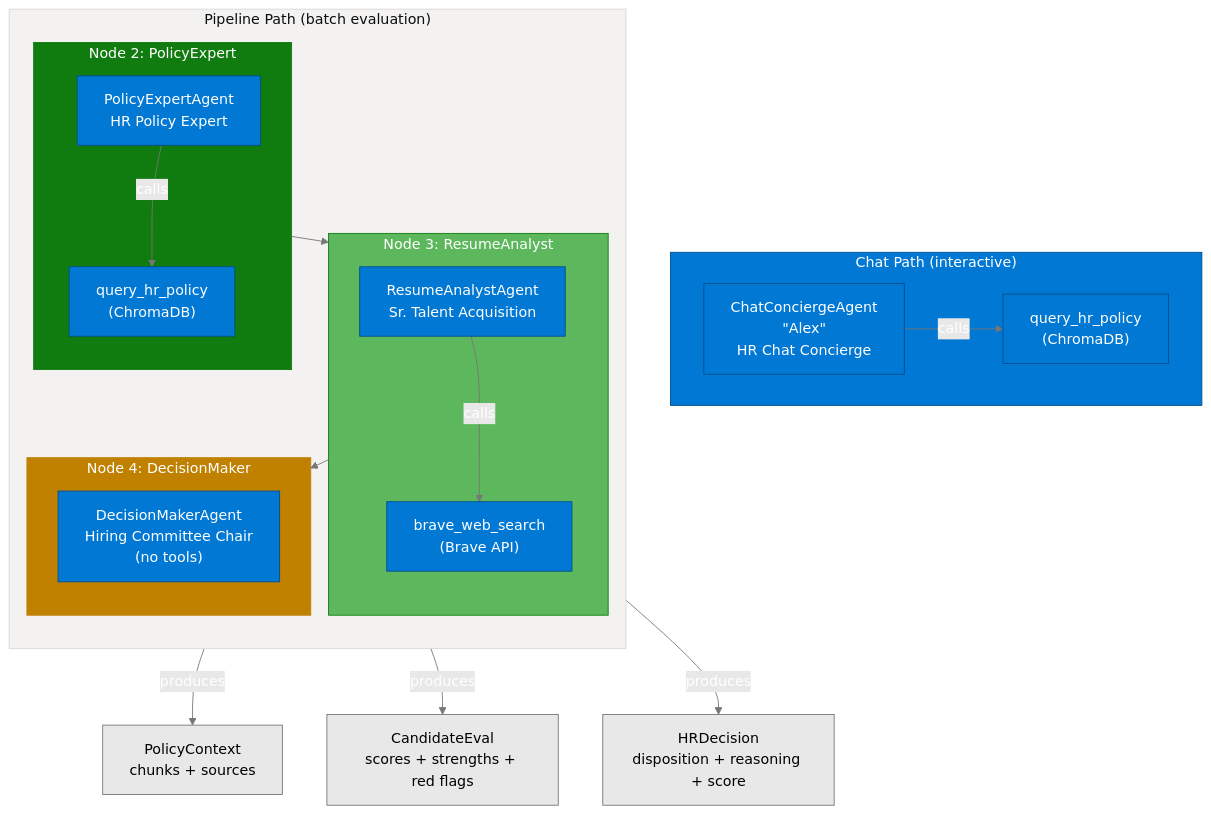
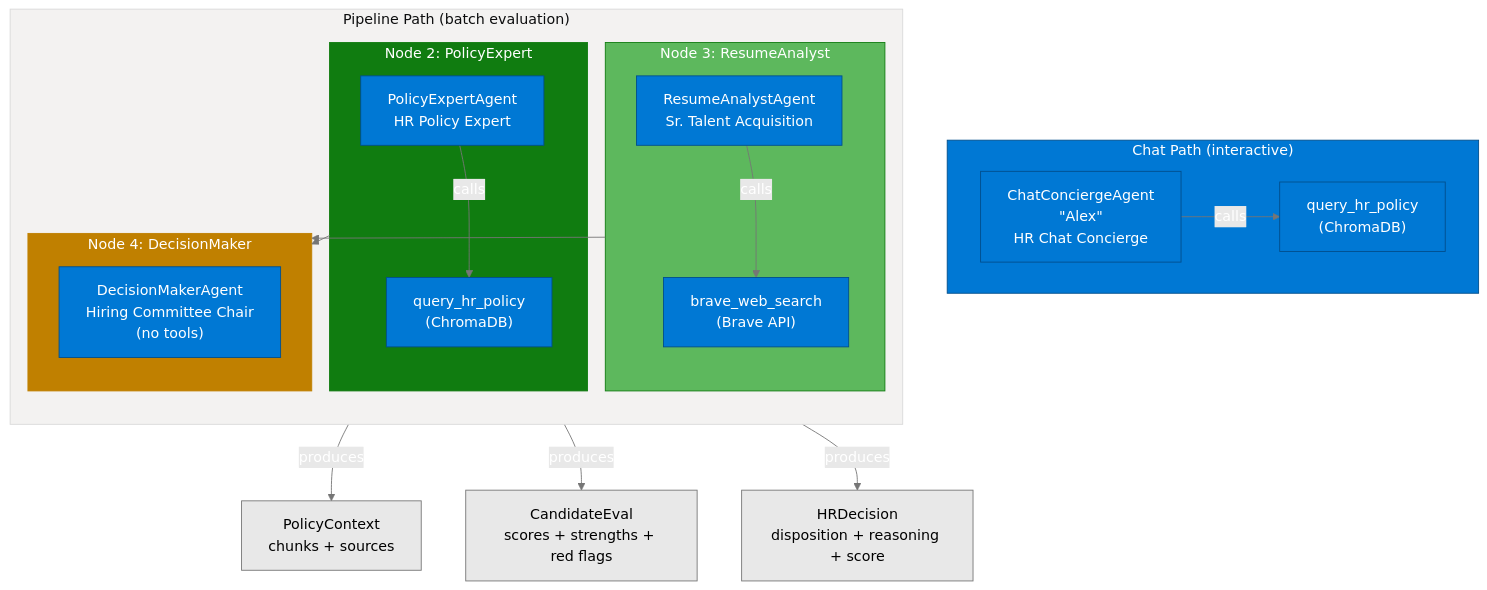
One commit to pythontime/agents2 changed the second of 7 diagrams in docs/ARCHITECTURE.md. Above: the diagram before and after it, drawn with Mermaid. The commit also changed other lines of this file and 141 other files, not shown here.

````diff
--- a/docs/ARCHITECTURE.md
+++ b/docs/ARCHITECTURE.md
@@ -106,44 +108,45 @@
 ```mermaid
 %%{init: {'theme':'base','themeVariables':{'primaryColor':'#0078D4','primaryTextColor':'#FFFFFF','primaryBorderColor':'#004E8C','lineColor':'#767676','secondaryColor':'#E8E8E8','tertiaryColor':'#F3F2F1'}}}%%
 flowchart TD
     subgraph CHAT["Chat Path (interactive)"]
         direction LR
         CONCIERGE["ChatConciergeAgent<br/>&quot;Alex&quot;<br/>HR Chat Concierge"]
         TOOL_POLICY_CHAT["query_hr_policy<br/>(ChromaDB)"]
         CONCIERGE -->|"calls"| TOOL_POLICY_CHAT
     end
     style CHAT fill:#0078D4,color:#FFFFFF,stroke:#004E8C
 
     subgraph PIPE["Pipeline Path (batch evaluation)"]
         direction TB
 
         subgraph PE["Node 2: PolicyExpert"]
             POLICY_AGENT["PolicyExpertAgent<br/>HR Policy Expert"]
             TOOL_POLICY_PIPE["query_hr_policy<br/>(ChromaDB)"]
             POLICY_AGENT -->|"calls"| TOOL_POLICY_PIPE
         end
         style PE fill:#107C10,color:#FFFFFF,stroke:#107C10
 
         subgraph RA["Node 3: ResumeAnalyst"]
             ANALYST_AGENT["ResumeAnalystAgent<br/>Sr. Talent Acquisition"]
             TOOL_BRAVE["brave_web_search<br/>(Brave API)"]
             ANALYST_AGENT -->|"calls"| TOOL_BRAVE
         end
         style RA fill:#5DB85D,color:#FFFFFF,stroke:#107C10
 
         subgraph DM["Node 4: DecisionMaker"]
             DECISION_AGENT["DecisionMakerAgent<br/>Hiring Committee Chair<br/>(no tools)"]
         end
         style DM fill:#C08000,color:#FFFFFF,stroke:#C08000
 
-        PE --> RA --> DM
+        PE --> DM
+        RA --> DM
     end
 
     POLICY_AGENT -->|"produces"| PC["PolicyContext<br/>chunks + sources"]
     ANALYST_AGENT -->|"produces"| CE["CandidateEval<br/>scores + strengths + red flags"]
     DECISION_AGENT -->|"produces"| HD["HRDecision<br/>disposition + reasoning + score"]
 
     style PC fill:#E8E8E8,color:#000000,stroke:#767676
     style CE fill:#E8E8E8,color:#000000,stroke:#767676
     style HD fill:#E8E8E8,color:#000000,stroke:#767676
 ```
````
